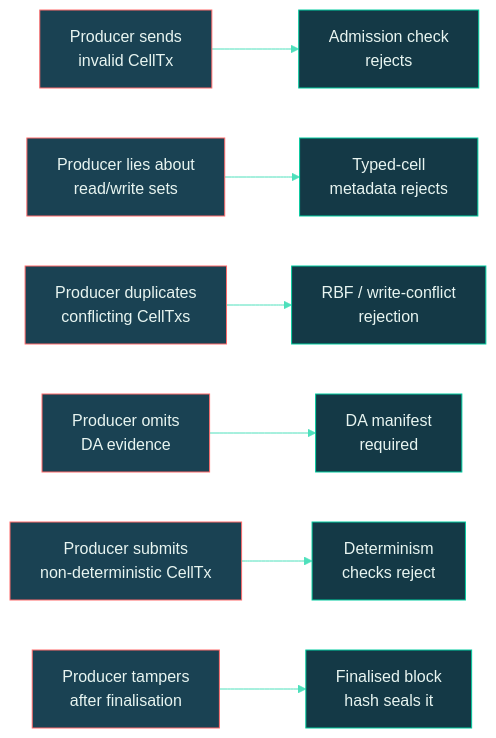
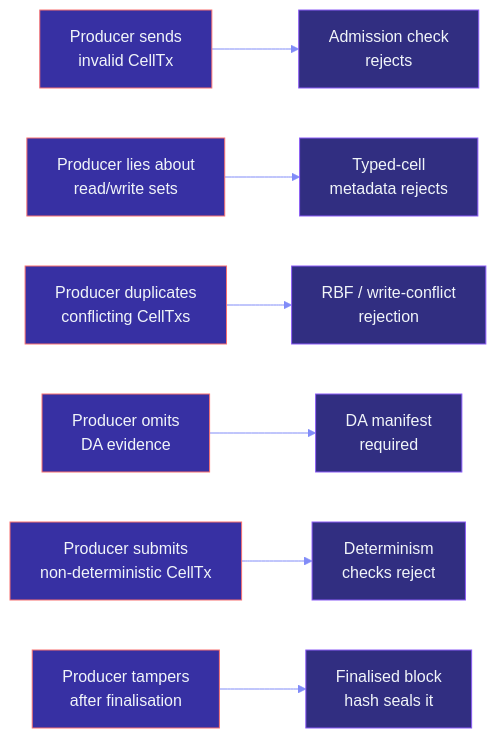
The first of 2 diagrams in docs/security/threat-model.md (Myelin-Labs/Myelin), drawn with Mermaid before and after one commit. The commit also changed other lines of this file and 31 other files, not shown here.

````diff
--- a/docs/security/threat-model.md
+++ b/docs/security/threat-model.md
@@ -10,37 +10,37 @@
 ```mermaid
 %%{init: {
   "theme": "base",
   "themeVariables": {
-    "primaryColor": "#0F2D3D",
-    "primaryTextColor": "#E8F5F1",
-    "primaryBorderColor": "#3CCBAA",
-    "lineColor": "#4EE0BC",
-    "secondaryColor": "#143946",
-    "tertiaryColor": "#1A4253"
+    "primaryColor": "#1E1B4B",
+    "primaryTextColor": "#F1F5F9",
+    "primaryBorderColor": "#6366F1",
+    "lineColor": "#818CF8",
+    "secondaryColor": "#312E81",
+    "tertiaryColor": "#3730A3"
   }
 }}%%
 flowchart LR
     A["Producer sends<br/>invalid CellTx"]:::threat
     B["Producer lies about<br/>read/write sets"]:::threat
     C["Producer duplicates<br/>conflicting CellTxs"]:::threat
     D["Producer omits<br/>DA evidence"]:::threat
     E["Producer submits<br/>non-deterministic CellTx"]:::threat
     F["Producer tampers<br/>after finalisation"]:::threat
 
     P1["Admission check<br/>rejects"]:::def
     P2["Typed-cell<br/>metadata rejects"]:::def
     P3["RBF / write-conflict<br/>rejection"]:::def
     P4["DA manifest<br/>required"]:::def
     P5["Determinism<br/>checks reject"]:::def
     P6["Finalised block<br/>hash seals it"]:::def
 
     A --> P1
     B --> P2
     C --> P3
     D --> P4
     E --> P5
     F --> P6
 
-    classDef threat fill:#1A4253,stroke:#FF6B6B,color:#E8F5F1;
-    classDef def    fill:#143946,stroke:#00CC9F,color:#E8F5F1;
+    classDef threat fill:#3730A3,stroke:#F87171,color:#F1F5F9;
+    classDef def    fill:#312E81,stroke:#8B5CF6,color:#F1F5F9;
 ```
````
